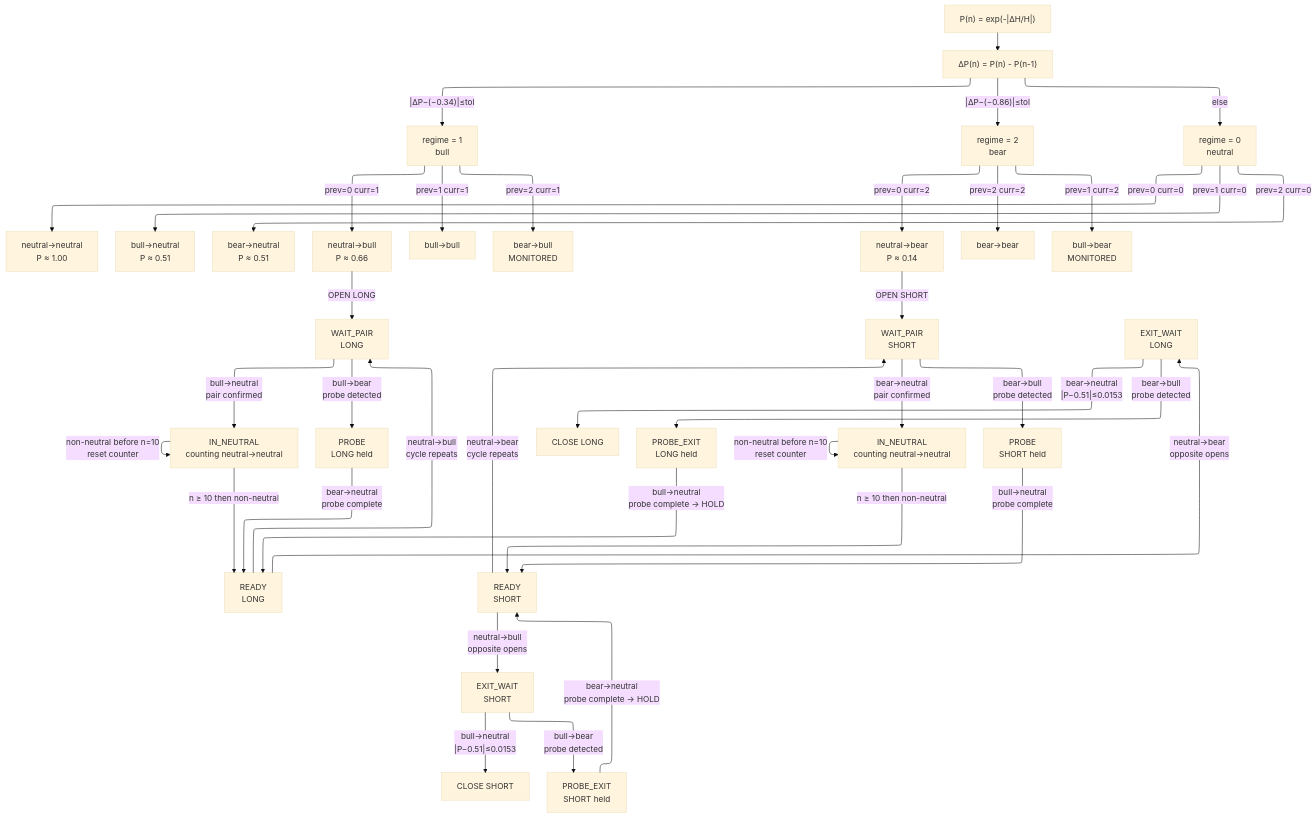
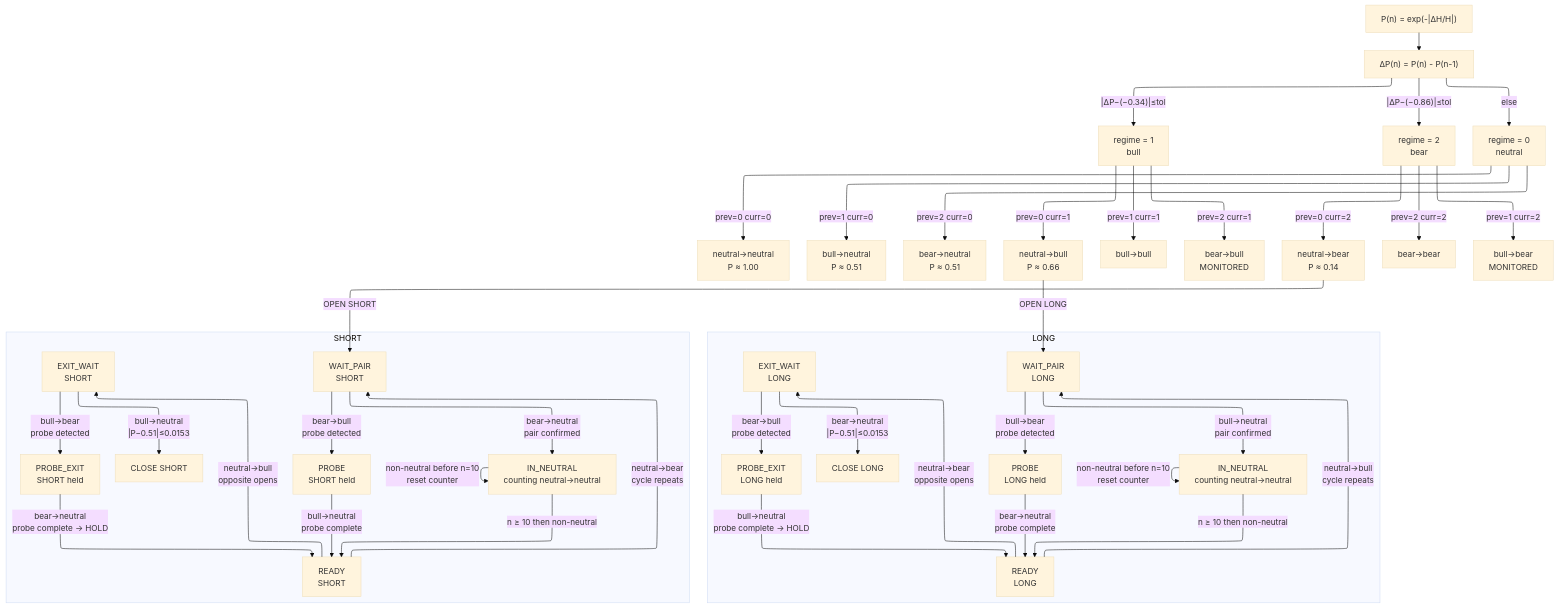
The second of 3 diagrams in state_machine_diagram.md (quantiota/SKA-Binance--API), drawn with Mermaid before and after one commit. The commit also changed other lines of this file, not shown here.

````diff
--- a/state_machine_diagram.md
+++ b/state_machine_diagram.md
@@ -119,66 +134,74 @@
 ```mermaid
 ---
 config:
   look: classic
   theme: base
   layout: elk
 ---
 flowchart TD
     P["P(n) = exp(-|ΔH/H|)"]
     DP["ΔP(n) = P(n) - P(n-1)"]
 
     P --> DP
 
     DP -->|"|ΔP−(−0.34)|≤tol"| B["regime = 1\nbull"]
     DP -->|"|ΔP−(−0.86)|≤tol"| R["regime = 2\nbear"]
     DP -->|"else"| N["regime = 0\nneutral"]
 
     N -->|"prev=0 curr=0"| T0["neutral→neutral\nP ≈ 1.00"]
     N -->|"prev=1 curr=0"| T1["bull→neutral\nP ≈ 0.51"]
     N -->|"prev=2 curr=0"| T2["bear→neutral\nP ≈ 0.51"]
 
     B -->|"prev=0 curr=1"| T3["neutral→bull\nP ≈ 0.66"]
     B -->|"prev=1 curr=1"| T4["bull→bull"]
     B -->|"prev=2 curr=1"| DJ2["bear→bull\nMONITORED"]
 
     R -->|"prev=0 curr=2"| T5["neutral→bear\nP ≈ 0.14"]
     R -->|"prev=2 curr=2"| T6["bear→bear"]
     R -->|"prev=1 curr=2"| DJ1["bull→bear\nMONITORED"]
 
-    T3 -->|"OPEN LONG"| WAIT_PAIR_L["WAIT_PAIR\nLONG"]
-    T5 -->|"OPEN SHORT"| WAIT_PAIR_S["WAIT_PAIR\nSHORT"]
+    subgraph LONG_PATH ["LONG"]
+        WAIT_PAIR_L["WAIT_PAIR\nLONG"]
+        IN_N_L["IN_NEUTRAL\ncounting neutral→neutral"]
+        PROBE_L["PROBE\nLONG held"]
+        READY_L["READY\nLONG"]
+        EXIT_L["EXIT_WAIT\nLONG"]
+        PROBE_EXIT_L["PROBE_EXIT\nLONG held"]
+        CLOSE_L["CLOSE LONG"]
 
-    %% --- LONG path ---
-    WAIT_PAIR_L -->|"bull→neutral\npair confirmed"| IN_N_L["IN_NEUTRAL\ncounting neutral→neutral"]
-    WAIT_PAIR_L -->|"bull→bear\nprobe detected"| PROBE_L["PROBE\nLONG held"]
+        WAIT_PAIR_L -->|"bull→neutral\npair confirmed"| IN_N_L
+        WAIT_PAIR_L -->|"bull→bear\nprobe detected"| PROBE_L
+        PROBE_L -->|"bear→neutral\nprobe complete"| READY_L
+        IN_N_L -->|"n ≥ 10 then non-neutral"| READY_L
+        IN_N_L -->|"non-neutral before n=10\nreset counter"| IN_N_L
+        READY_L -->|"neutral→bull\ncycle repeats"| WAIT_PAIR_L
+        READY_L -->|"neutral→bear\nopposite opens"| EXIT_L
+        EXIT_L -->|"bear→neutral\n|P−0.51|≤0.0153"| CLOSE_L
+        EXIT_L -->|"bear→bull\nprobe detected"| PROBE_EXIT_L
+        PROBE_EXIT_L -->|"bull→neutral\nprobe complete → HOLD"| READY_L
+    end
 
-    PROBE_L -->|"bear→neutral\nprobe complete"| READY_L["READY\nLONG"]
+    subgraph SHORT_PATH ["SHORT"]
+        WAIT_PAIR_S["WAIT_PAIR\nSHORT"]
+        IN_N_S["IN_NEUTRAL\ncounting neutral→neutral"]
+        PROBE_S["PROBE\nSHORT held"]
+        READY_S["READY\nSHORT"]
+        EXIT_S["EXIT_WAIT\nSHORT"]
+        PROBE_EXIT_S["PROBE_EXIT\nSHORT held"]
+        CLOSE_S["CLOSE SHORT"]
 
-    IN_N_L -->|"n ≥ 10 then non-neutral"| READY_L
-    IN_N_L -->|"non-neutral before n=10\nreset counter"| IN_N_L
+        WAIT_PAIR_S -->|"bear→neutral\npair confirmed"| IN_N_S
+        WAIT_PAIR_S -->|"bear→bull\nprobe detected"| PROBE_S
+        PROBE_S -->|"bull→neutral\nprobe complete"| READY_S
+        IN_N_S -->|"n ≥ 10 then non-neutral"| READY_S
+        IN_N_S -->|"non-neutral before n=10\nreset counter"| IN_N_S
+        READY_S -->|"neutral→bear\ncycle repeats"| WAIT_PAIR_S
+        READY_S -->|"neutral→bull\nopposite opens"| EXIT_S
+        EXIT_S -->|"bull→neutral\n|P−0.51|≤0.0153"| CLOSE_S
+        EXIT_S -->|"bull→bear\nprobe detected"| PROBE_EXIT_S
+        PROBE_EXIT_S -->|"bear→neutral\nprobe complete → HOLD"| READY_S
+    end
 
-    READY_L -->|"neutral→bull\ncycle repeats"| WAIT_PAIR_L
-    READY_L -->|"neutral→bear\nopposite opens"| EXIT_L["EXIT_WAIT\nLONG"]
-
-    EXIT_L -->|"bear→neutral\n|P−0.51|≤0.0153"| CLOSE_L["CLOSE LONG"]
-    EXIT_L -->|"bear→bull\nprobe detected"| PROBE_EXIT_L["PROBE_EXIT\nLONG held"]
-
-    PROBE_EXIT_L -->|"bull→neutral\nprobe complete → HOLD"| READY_L
-
-    %% --- SHORT path ---
-    WAIT_PAIR_S -->|"bear→neutral\npair confirmed"| IN_N_S["IN_NEUTRAL\ncounting neutral→neutral"]
-    WAIT_PAIR_S -->|"bear→bull\nprobe detected"| PROBE_S["PROBE\nSHORT held"]
-
-    PROBE_S -->|"bull→neutral\nprobe complete"| READY_S["READY\nSHORT"]
-
-    IN_N_S -->|"n ≥ 10 then non-neutral"| READY_S
-    IN_N_S -->|"non-neutral before n=10\nreset counter"| IN_N_S
-
-    READY_S -->|"neutral→bear\ncycle repeats"| WAIT_PAIR_S
-    READY_S -->|"neutral→bull\nopposite opens"| EXIT_S["EXIT_WAIT\nSHORT"]
-
-    EXIT_S -->|"bull→neutral\n|P−0.51|≤0.0153"| CLOSE_S["CLOSE SHORT"]
-    EXIT_S -->|"bull→bear\nprobe detected"| PROBE_EXIT_S["PROBE_EXIT\nSHORT held"]
-
-    PROBE_EXIT_S -->|"bear→neutral\nprobe complete → HOLD"| READY_S
+    T3 -->|"OPEN LONG"| WAIT_PAIR_L
+    T5 -->|"OPEN SHORT"| WAIT_PAIR_S
 ```
````
